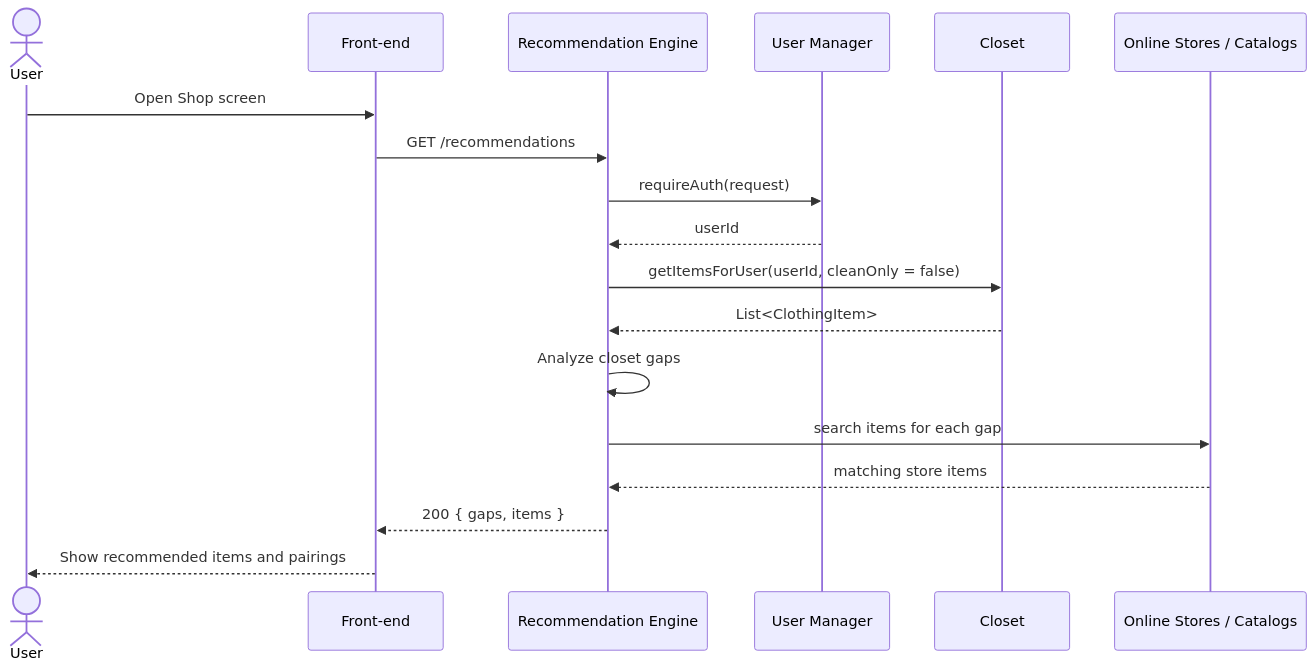
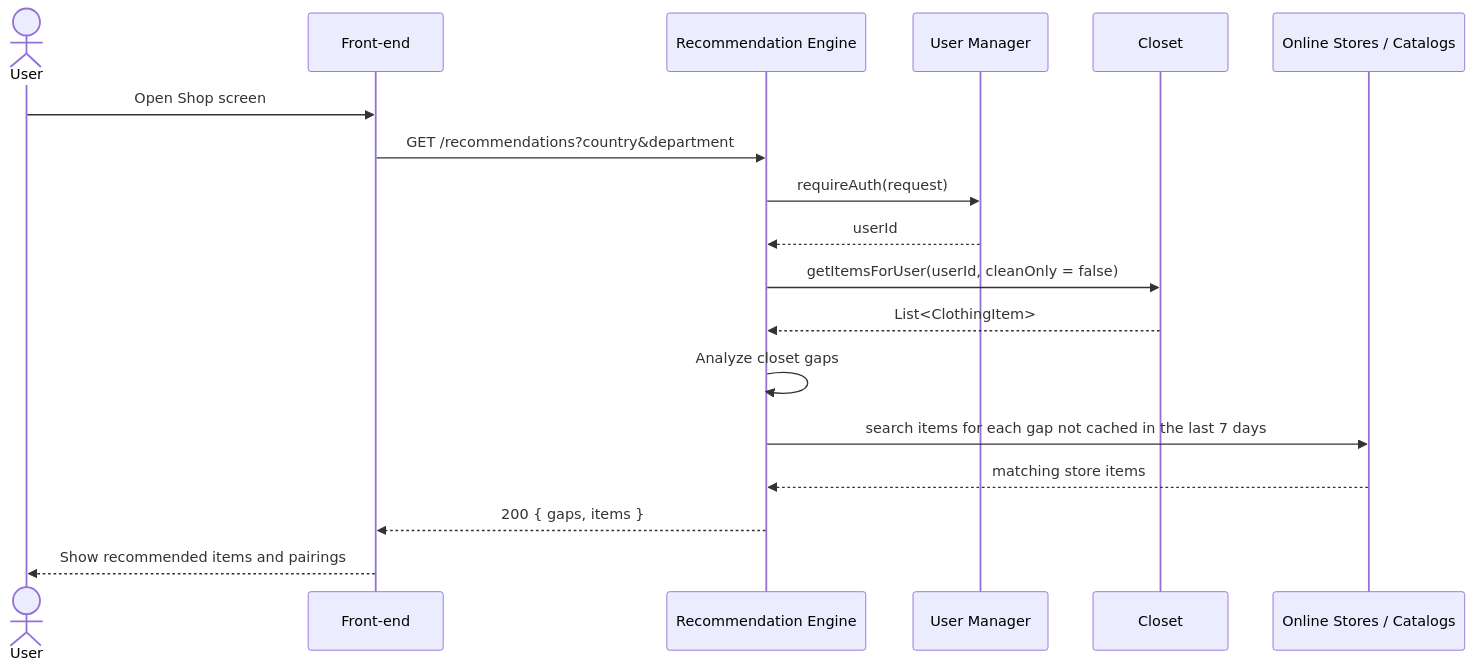
Before and after one commit to evannawfal/fabricate: the fourth of 5 diagrams in documentation/Requirements_and_Design.md, drawn with Mermaid. The commit also changed other lines of this file and 11 other files, not shown here.

````diff
--- a/documentation/Requirements_and_Design.md
+++ b/documentation/Requirements_and_Design.md
@@ -453,21 +455,21 @@
 ```mermaid
 sequenceDiagram
     actor U as User
     participant FE as Front-end
     participant OU as Recommendation Engine
     participant US as User Manager
     participant CL as Closet
     participant ST as Online Stores / Catalogs
 
     U->>FE: Open Shop screen
-    FE->>OU: GET /recommendations
+    FE->>OU: GET /recommendations?country&department
     OU->>US: requireAuth(request)
     US-->>OU: userId
     OU->>CL: getItemsForUser(userId, cleanOnly = false)
     CL-->>OU: List<ClothingItem>
     OU->>OU: Analyze closet gaps
-    OU->>ST: search items for each gap
+    OU->>ST: search items for each gap not cached in the last 7 days
     ST-->>OU: matching store items
     OU-->>FE: 200 { gaps, items }
     FE-->>U: Show recommended items and pairings
 ```
````
